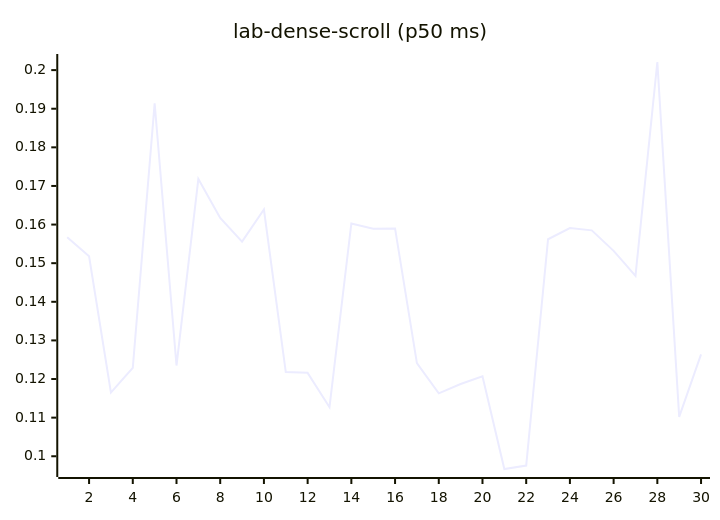
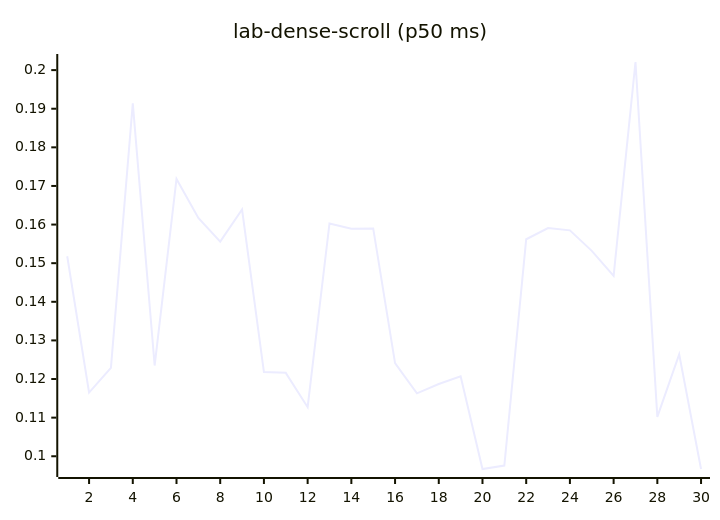
Diagram 12 of 27 in README.md (josha/Facet), drawn with Mermaid before and after one commit. The commit also changed other lines of this file and 2 other files, not shown here.

````diff
--- a/README.md
+++ b/README.md
@@ -140,6 +140,6 @@
 ```mermaid
 xychart-beta
     title "lab-dense-scroll (p50 ms)"
     x-axis 1 --> 30
-    line [0.1567, 0.1518, 0.1165, 0.1229, 0.1914, 0.1235, 0.1718, 0.1617, 0.1556, 0.1639, 0.1218, 0.1216, 0.1127, 0.1603, 0.1589, 0.1590, 0.1241, 0.1163, 0.1187, 0.1207, 0.0967, 0.0976, 0.1562, 0.1591, 0.1585, 0.1532, 0.1467, 0.2021, 0.1102, 0.1264]
+    line [0.1518, 0.1165, 0.1229, 0.1914, 0.1235, 0.1718, 0.1617, 0.1556, 0.1639, 0.1218, 0.1216, 0.1127, 0.1603, 0.1589, 0.1590, 0.1241, 0.1163, 0.1187, 0.1207, 0.0967, 0.0976, 0.1562, 0.1591, 0.1585, 0.1532, 0.1467, 0.2021, 0.1102, 0.1264, 0.0967]
 ```
````
